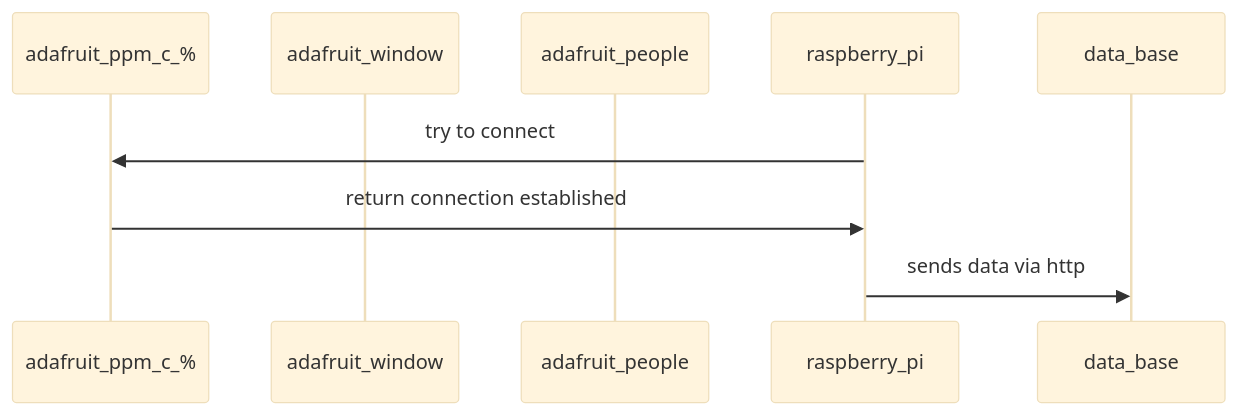
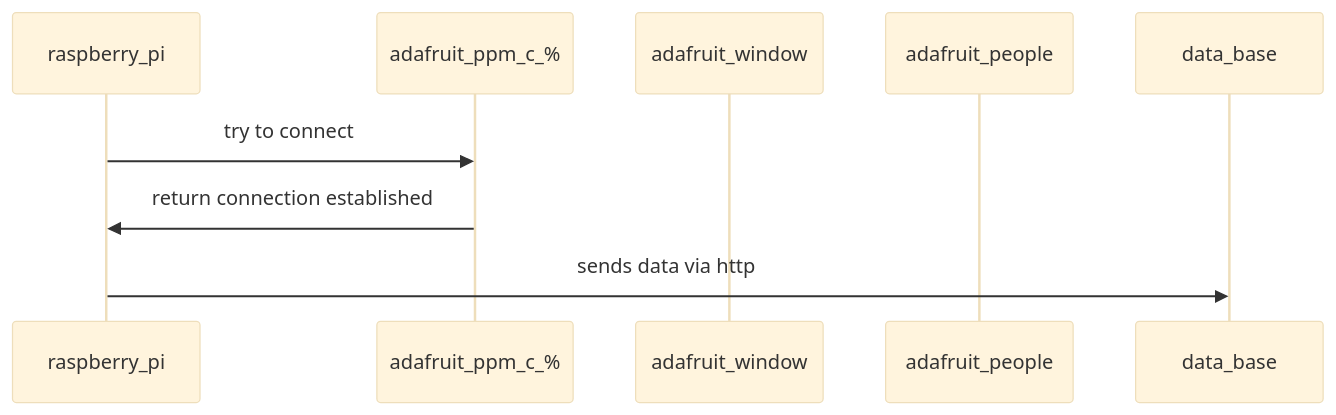
The diagram in abgabe_bericht/software_module_sequenzdiagramme/mainUnit.md (nicolarohner1337/smartclassroom), drawn with Mermaid (base theme) before and after one commit. The commit also changed other lines of this file, not shown here.

````diff
--- a/abgabe_bericht/software_module_sequenzdiagramme/mainUnit.md
+++ b/abgabe_bericht/software_module_sequenzdiagramme/mainUnit.md
@@ -2,11 +2,11 @@
 ```mermaid
 sequenceDiagram
+    participant raspberry_pi
     participant adafruit_ppm_c_%
     participant adafruit_window
     participant adafruit_people
-    participant raspberry_pi
     participant data_base
     raspberry_pi->>adafruit_ppm_c_%: try to connect
     adafruit_ppm_c_%->>raspberry_pi: return connection established
     raspberry_pi->>data_base: sends data via http
 ```
````
